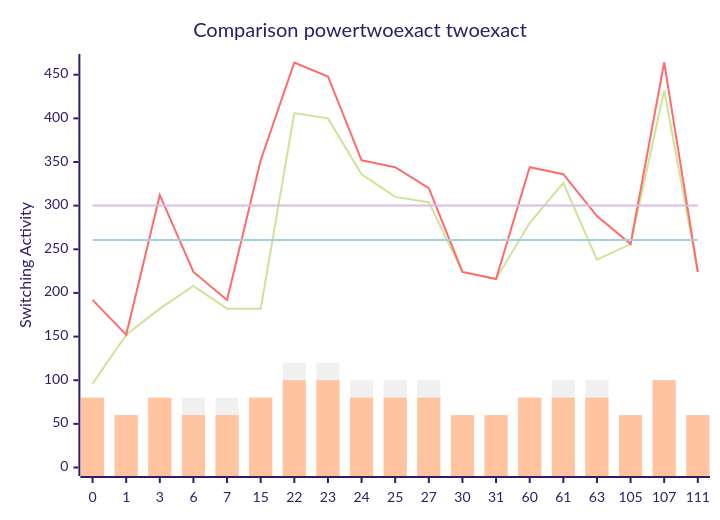
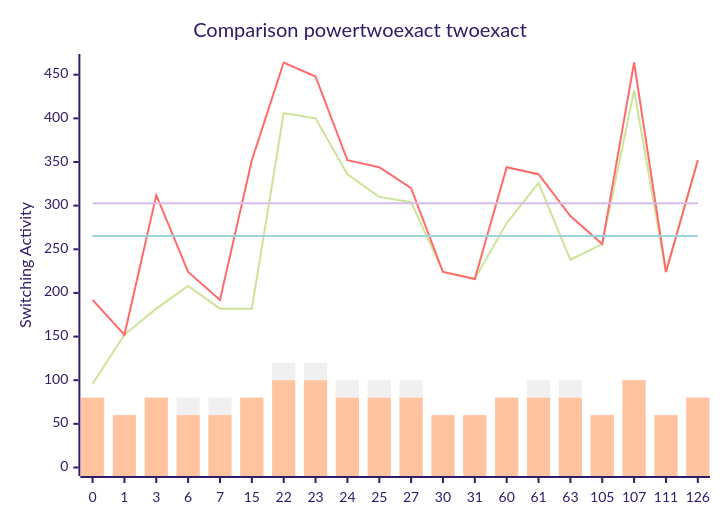
The diagram in benchmark.md (FeldmeierMichael/Exact-Power-Synthesis), drawn with Mermaid (forest theme) before and after one commit. The commit also changed other lines of this file and 2 other files, not shown here.

````diff
--- a/benchmark.md
+++ b/benchmark.md
@@ -43,12 +45,12 @@
 ```mermaid
 xychart-beta
     title "Comparison powertwoexact twoexact"
-    x-axis [0, 1, 3, 6, 7, 15, 22, 23, 24, 25, 27, 30, 31, 60, 61, 63, 105, 107, 111]
+    x-axis [0, 1, 3, 6, 7, 15, 22, 23, 24, 25, 27, 30, 31, 60, 61, 63, 105, 107, 111, 126]
     y-axis "Switching Activity" 0-->464
-    line [96, 152, 182, 208, 182, 182, 406, 400, 336, 310, 304, 224, 216, 280, 326, 238, 256, 432, 224]
-    line [192, 152, 312, 224, 192, 352, 464, 448, 352, 344, 320, 224, 216, 344, 336, 288, 256, 464, 224]
-    line [260.7368421052632, 260.7368421052632, 260.7368421052632, 260.7368421052632, 260.7368421052632, 260.7368421052632, 260.7368421052632, 260.7368421052632, 260.7368421052632, 260.7368421052632, 260.7368421052632, 260.7368421052632, 260.7368421052632, 260.7368421052632, 260.7368421052632, 260.7368421052632, 260.7368421052632, 260.7368421052632, 260.7368421052632]
-    line [300.2105263157895, 300.2105263157895, 300.2105263157895, 300.2105263157895, 300.2105263157895, 300.2105263157895, 300.2105263157895, 300.2105263157895, 300.2105263157895, 300.2105263157895, 300.2105263157895, 300.2105263157895, 300.2105263157895, 300.2105263157895, 300.2105263157895, 300.2105263157895, 300.2105263157895, 300.2105263157895, 300.2105263157895]
-    bar [80, 60, 80, 80, 80, 80, 120, 120, 100, 100, 100, 60, 60, 80, 100, 100, 60, 100, 60]
-    bar [80, 60, 80, 60, 60, 80, 100, 100, 80, 80, 80, 60, 60, 80, 80, 80, 60, 100, 60]
+    line [96, 152, 182, 208, 182, 182, 406, 400, 336, 310, 304, 224, 216, 280, 326, 238, 256, 432, 224, 352]
+    line [192, 152, 312, 224, 192, 352, 464, 448, 352, 344, 320, 224, 216, 344, 336, 288, 256, 464, 224, 352]
+    line [265.3, 265.3, 265.3, 265.3, 265.3, 265.3, 265.3, 265.3, 265.3, 265.3, 265.3, 265.3, 265.3, 265.3, 265.3, 265.3, 265.3, 265.3, 265.3, 265.3]
+    line [302.8, 302.8, 302.8, 302.8, 302.8, 302.8, 302.8, 302.8, 302.8, 302.8, 302.8, 302.8, 302.8, 302.8, 302.8, 302.8, 302.8, 302.8, 302.8, 302.8]
+    bar [80, 60, 80, 80, 80, 80, 120, 120, 100, 100, 100, 60, 60, 80, 100, 100, 60, 100, 60, 80]
+    bar [80, 60, 80, 60, 60, 80, 100, 100, 80, 80, 80, 60, 60, 80, 80, 80, 60, 100, 60, 80]
 ```
````
